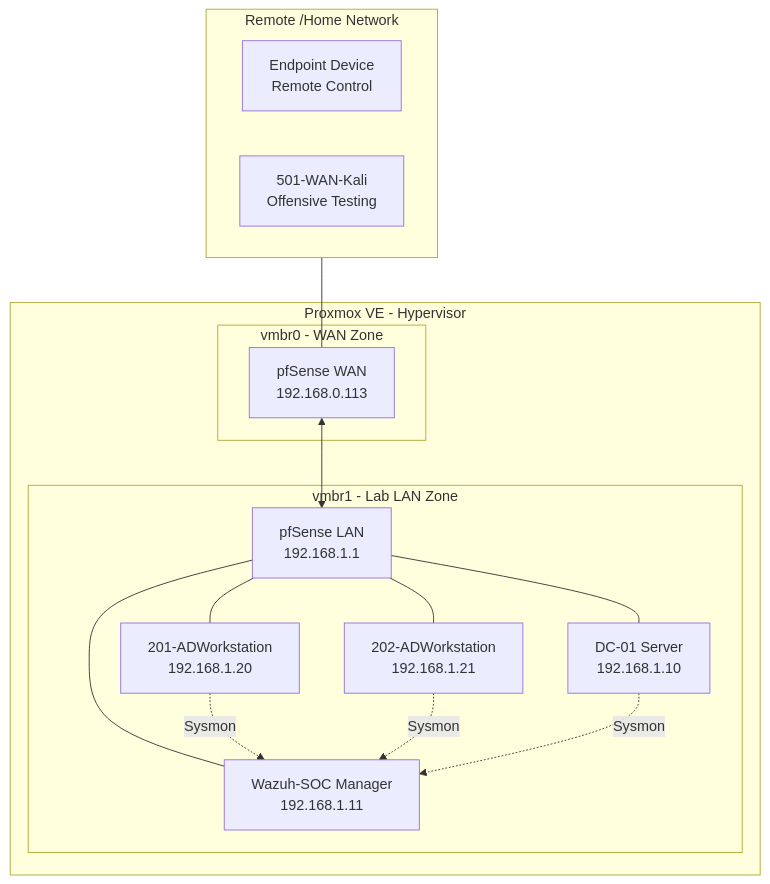
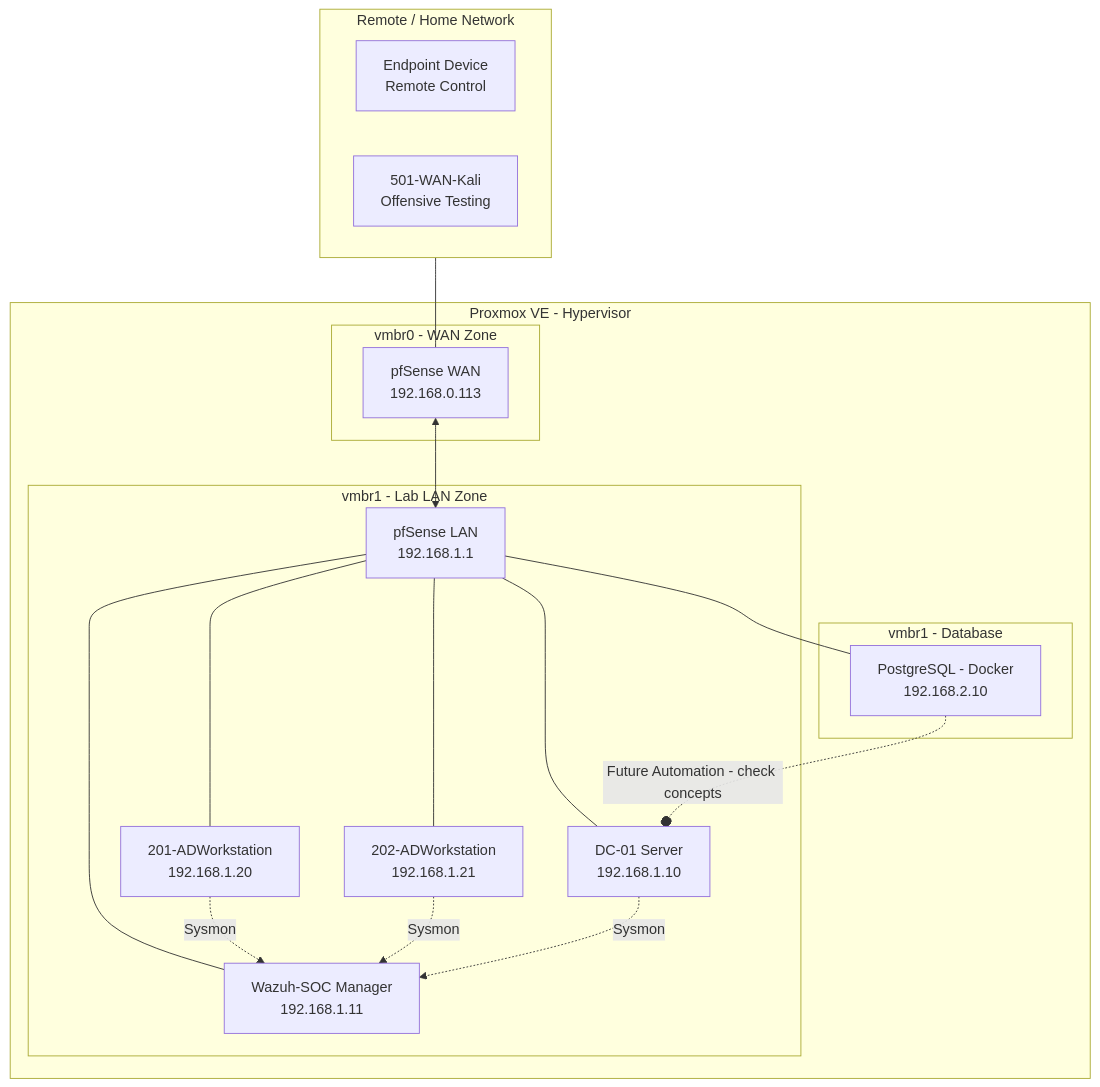
Before and after one commit to mdud7/Server-Infrastructure-Doc: the diagram in 00_Architecture/Network_Topology.md, drawn with Mermaid. The commit also changed other lines of this file and 1 other file, not shown here.

Commit message:
Updated Network_Topology with Postgres DB and ip-s, added new concept for db and AD automation

````diff
--- a/00_Architecture/Network_Topology.md
+++ b/00_Architecture/Network_Topology.md
@@ -31,42 +46,45 @@
 ```mermaid
 graph TD
-    %% Outside section - Remote Access and Testing
-    subgraph Outside_World [Remote /Home Network]
-        direction LR
-        Mac[Endpoint Device<br/>Remote Control]
-        Kali[501-WAN-Kali<br/>Offensive Testing]
+subgraph Outside_World [Remote / Home Network]
+    direction LR
+    Mac[Endpoint Device<br/>Remote Control]
+    Kali[501-WAN-Kali<br/>Offensive Testing]
+end
+
+Outside_World --- pfWAN
+
+subgraph Proxmox [Proxmox VE - Hypervisor]
+    
+    subgraph outside_network [vmbr0 - WAN Zone]
+        pfWAN[pfSense WAN<br/>192.168.0.113]
     end
 
-    Outside_World --- pfWAN
-
-    subgraph Proxmox [Proxmox VE - Hypervisor]
-        
-        subgraph outside_network [vmbr0 - WAN Zone]
-            pfWAN[pfSense WAN<br/>192.168.0.113]
-        end
-
-        subgraph Lab_isolated [vmbr1 - Lab LAN Zone]
-            pfLAN[pfSense LAN<br/>192.168.1.1]
-            
-            DC[DC-01 Server<br/>192.168.1.10]
-            Wazuh[Wazuh-SOC Manager<br/>192.168.1.11]
-            WK1[201-ADWorkstation<br/>192.168.1.20]
-            WK2[202-ADWorkstation<br/>192.168.1.21]
-        end
+    subgraph DB_Zone [vmbr1 - Database]
+        Postgres[PostgreSQL - Docker<br/>192.168.2.10]
     end
 
-    %% Connection between firewall interfaces
-    pfWAN <--> pfLAN
+    subgraph Lab_isolated [vmbr1 - Lab LAN Zone]
+        pfLAN[pfSense LAN<br/>192.168.1.1]
+        
+        DC[DC-01 Server<br/>192.168.1.10]
+        Wazuh[Wazuh-SOC Manager<br/>192.168.1.11]
+        WK1[201-ADWorkstation<br/>192.168.1.20]
+        WK2[202-ADWorkstation<br/>192.168.1.21]
+    end
+end
 
-    %% Inside-lab connections
-    pfLAN --- DC
-    pfLAN --- Wazuh
-    pfLAN --- WK1
-    pfLAN --- WK2
+pfWAN <--> pfLAN
 
-    %% Logs centralization flow
-    WK1 -.->|Sysmon| Wazuh
-    WK2 -.->|Sysmon| Wazuh
-    DC -.->|Sysmon| Wazuh
+pfLAN --- DC
+pfLAN --- Wazuh
+pfLAN --- WK1
+pfLAN --- WK2
+pfLAN --- Postgres
 
+%% Logs centralization flow
+WK1 -.->|Sysmon| Wazuh
+WK2 -.->|Sysmon| Wazuh
+DC -.->|Sysmon| Wazuh
+
+Postgres -.-o|Future Automation - check concepts| DC
 ```
````
